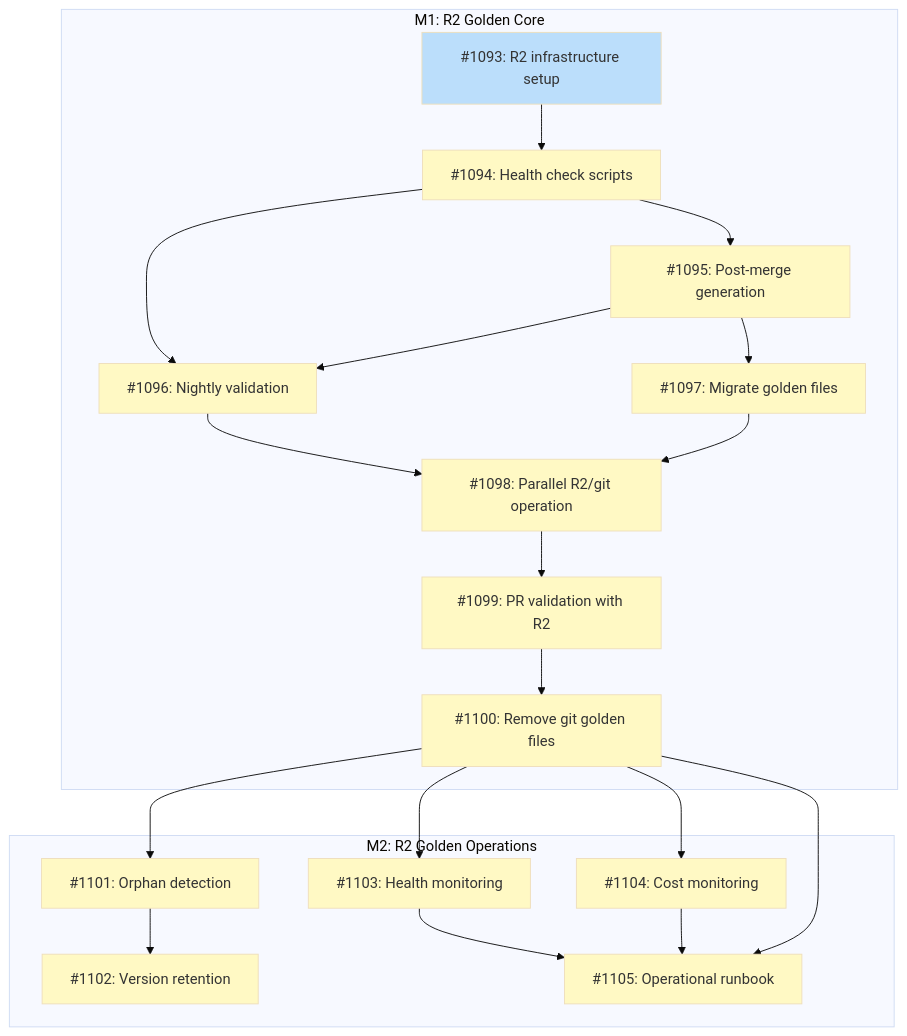
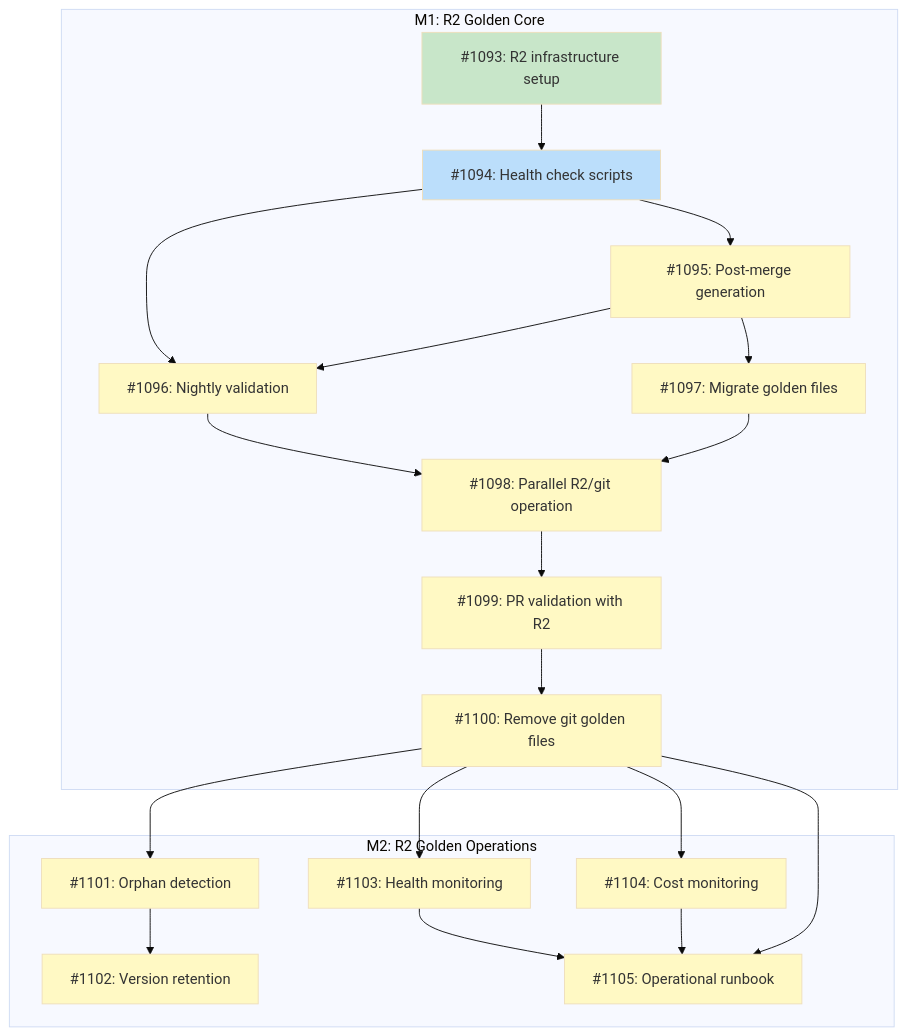
The diagram in docs/designs/DESIGN-r2-golden-storage.md (tsukumogami/tsuku), drawn with Mermaid (base theme) before and after one commit. The commit also changed 2 other files, not shown here.

Commit message:
docs: add R2 golden storage infrastructure setup guide (#1107)
Add setup guide for R2 golden storage infrastructure at
`docs/r2-golden-storage-setup.md`.
The guide documents bucket creation, API token setup, GitHub secrets
configuration,
protected environment setup, and verification steps. Also adds
`.local.env` to gitignore
for local credential storage during development.

````diff
--- a/docs/designs/DESIGN-r2-golden-storage.md
+++ b/docs/designs/DESIGN-r2-golden-storage.md
@@ -41,47 +41,48 @@
 ```mermaid
 graph TD
     subgraph M1["M1: R2 Golden Core"]
         I1093["#1093: R2 infrastructure setup"]
         I1094["#1094: Health check scripts"]
         I1095["#1095: Post-merge generation"]
         I1096["#1096: Nightly validation"]
         I1097["#1097: Migrate golden files"]
         I1098["#1098: Parallel R2/git operation"]
         I1099["#1099: PR validation with R2"]
         I1100["#1100: Remove git golden files"]
     end
 
     subgraph M2["M2: R2 Golden Operations"]
         I1101["#1101: Orphan detection"]
         I1102["#1102: Version retention"]
         I1103["#1103: Health monitoring"]
         I1104["#1104: Cost monitoring"]
         I1105["#1105: Operational runbook"]
     end
 
     I1093 --> I1094
     I1094 --> I1095
     I1094 --> I1096
     I1095 --> I1096
     I1095 --> I1097
     I1096 --> I1098
     I1097 --> I1098
     I1098 --> I1099
     I1099 --> I1100
     I1100 --> I1101
     I1101 --> I1102
     I1100 --> I1103
     I1100 --> I1104
     I1103 --> I1105
     I1104 --> I1105
     I1100 --> I1105
 
     classDef done fill:#c8e6c9
     classDef ready fill:#bbdefb
     classDef blocked fill:#fff9c4
     classDef needsDesign fill:#e1bee7
 
-    class I1093 ready
-    class I1094,I1095,I1096,I1097,I1098,I1099,I1100 blocked
+    class I1093 done
+    class I1094 ready
+    class I1095,I1096,I1097,I1098,I1099,I1100 blocked
     class I1101,I1102,I1103,I1104,I1105 blocked
 ```
````
